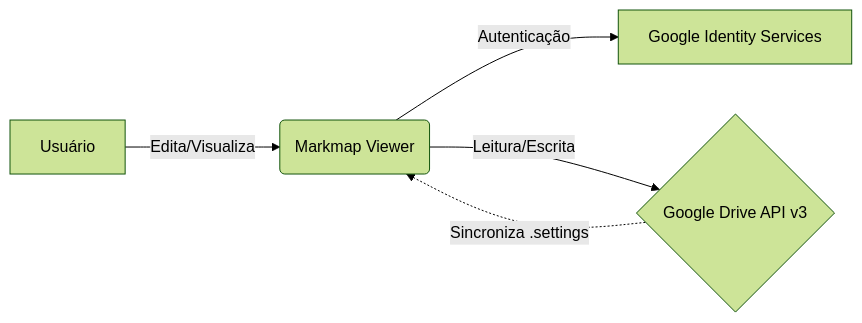
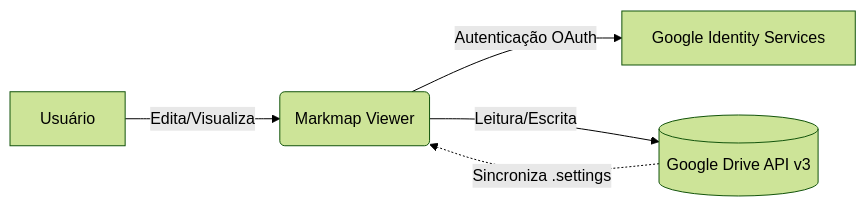
The diagram in README.md (gilsonnogueira/markmap-viewer), drawn with Mermaid (forest theme) before and after one commit. The commit also changed other lines of this file and 1 other file, not shown here.

Commit message:
docs: update README with vercel URL, ko-fi button, correct mermaid syntax and guide inclusion

````diff
--- a/README.md
+++ b/README.md
@@ -64,7 +70,7 @@
 ```mermaid
 graph LR
     User[Usuário] -->|Edita/Visualiza| SPA(Markmap Viewer)
-    SPA -->|Autenticação| Auth[Google Identity Services]
-    SPA -->|Leitura/Escrita| Drive{Google Drive API v3}
+    SPA -->|Autenticação OAuth| Auth[Google Identity Services]
+    SPA -->|Leitura/Escrita| Drive[(Google Drive API v3)]
     Drive -.->|Sincroniza .settings| SPA
 ```
````
